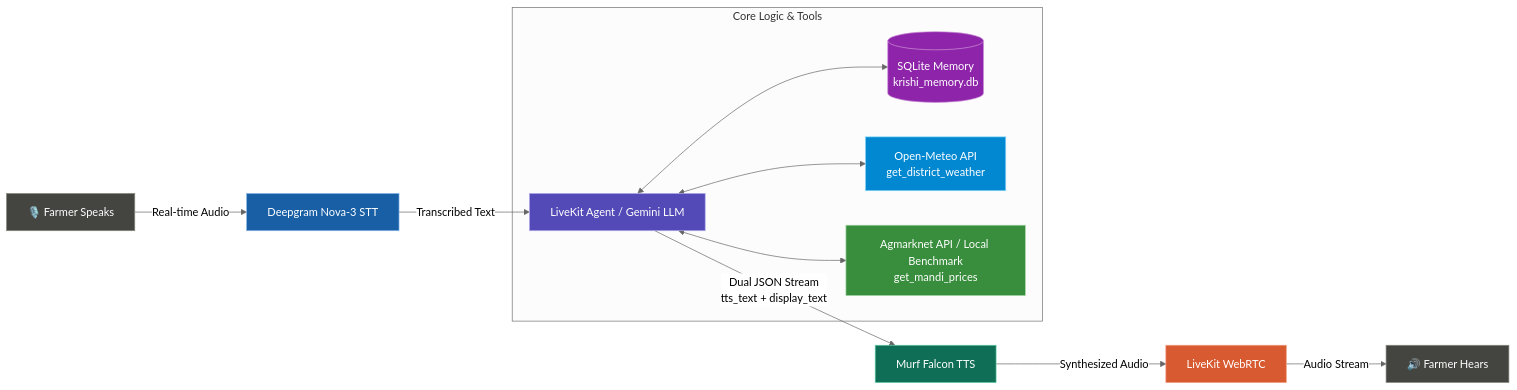
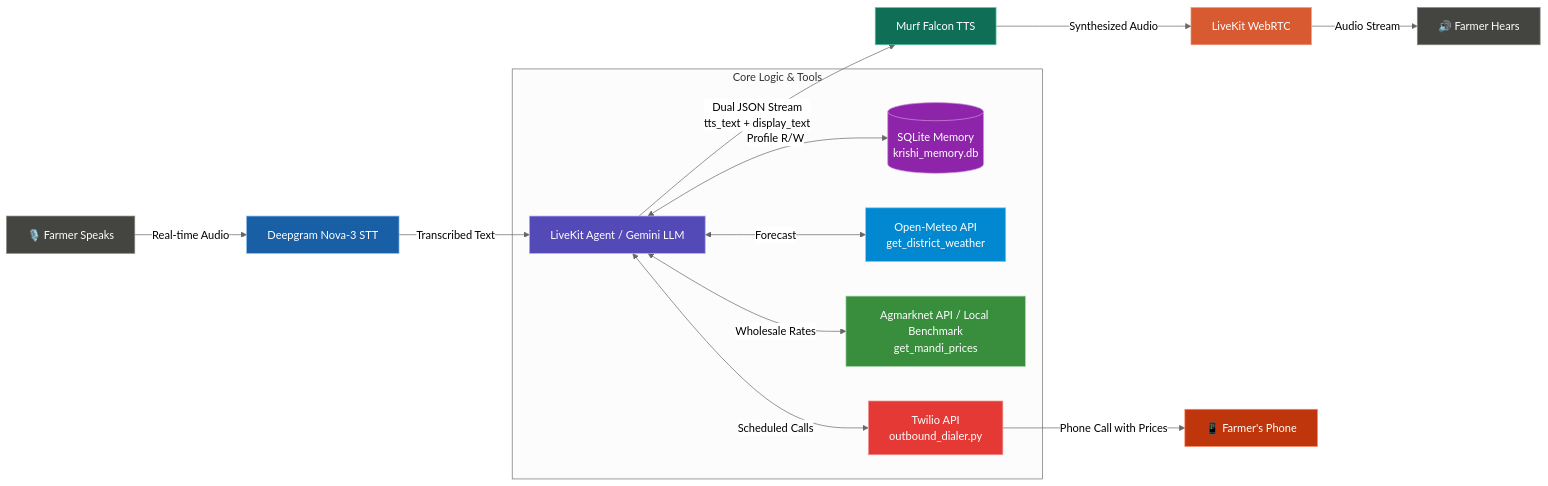
Before and after one commit to ArpanHait/Krishi_Mitra: the diagram in README.md, drawn with Mermaid (neutral theme). The commit also changed other lines of this file and 1 other file, not shown here.

````diff
--- a/README.md
+++ b/README.md
@@ -26,25 +29,29 @@
 ```mermaid
 flowchart LR
     User[🎙️ Farmer Speaks] -->|Real-time Audio| STT[Deepgram Nova-3 STT]
     STT -->|Transcribed Text| Agent[LiveKit Agent / Gemini LLM]
     
     subgraph Core Logic & Tools
-        Agent <--> DB[(SQLite Memory\nkrishi_memory.db)]
-        Agent <--> Weather[Open-Meteo API\nget_district_weather]
-        Agent <--> Mandi[Agmarknet API / Local Benchmark\nget_mandi_prices]
+        Agent <-->|Profile R/W| DB[(SQLite Memory\nkrishi_memory.db)]
+        Agent <-->|Forecast| Weather[Open-Meteo API\nget_district_weather]
+        Agent <-->|Wholesale Rates| Mandi[Agmarknet API / Local Benchmark\nget_mandi_prices]
+        Agent <-->|Scheduled Calls| Twilio[Twilio API\noutbound_dialer.py]
     end
 
     Agent -->|Dual JSON Stream\ntts_text + display_text| TTS[Murf Falcon TTS]
     TTS -->|Synthesized Audio| Transport[LiveKit WebRTC]
     Transport -->|Audio Stream| Speaker[🔊 Farmer Hears]
+    Twilio -->|Phone Call with Prices| Phone[📱 Farmer's Phone]
 
     style User fill:#444441,stroke:#888780,color:#fff
     style STT fill:#185FA5,stroke:#85B7EB,color:#fff
     style Agent fill:#534AB7,stroke:#AFA9EC,color:#fff
     style DB fill:#8E24AA,stroke:#CE93D8,color:#fff
     style Weather fill:#0288D1,stroke:#81D4FA,color:#fff
     style Mandi fill:#388E3C,stroke:#A5D6A7,color:#fff
+    style Twilio fill:#E53935,stroke:#EF9A9A,color:#fff
     style TTS fill:#0F6E56,stroke:#5DCAA5,color:#fff
     style Transport fill:#D85A30,stroke:#F0997B,color:#fff
     style Speaker fill:#444441,stroke:#888780,color:#fff
+    style Phone fill:#BF360C,stroke:#FF8A65,color:#fff
 ```
````
